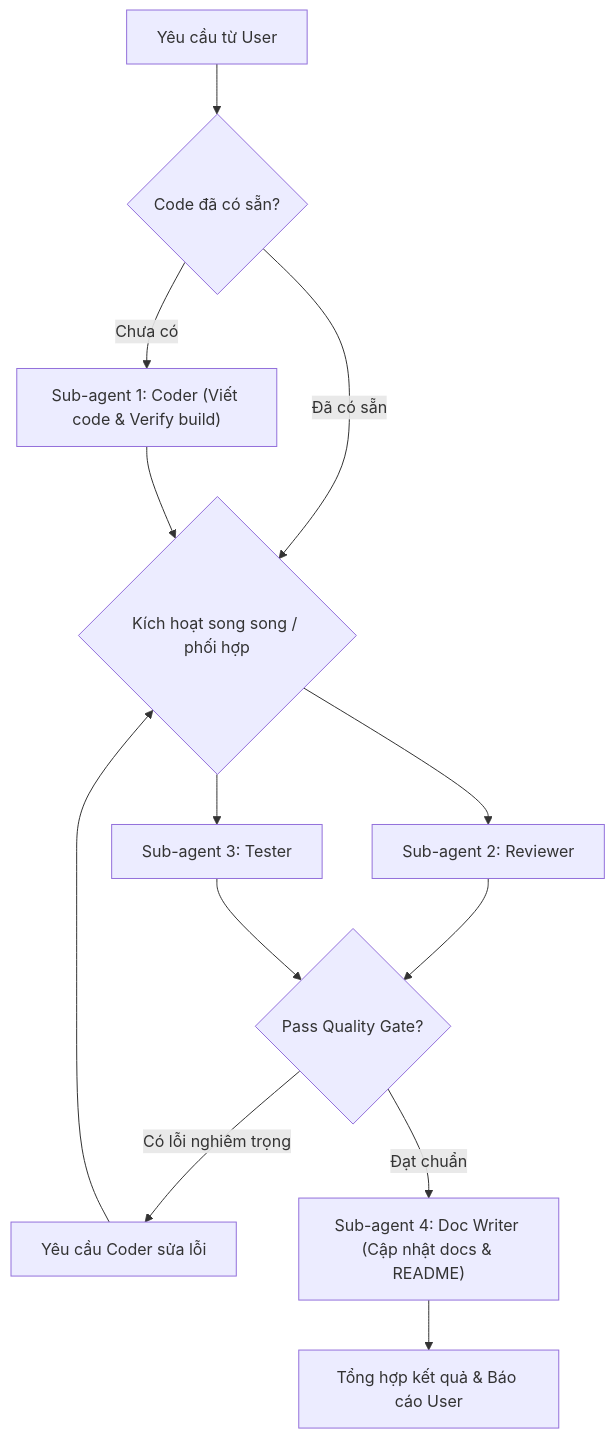
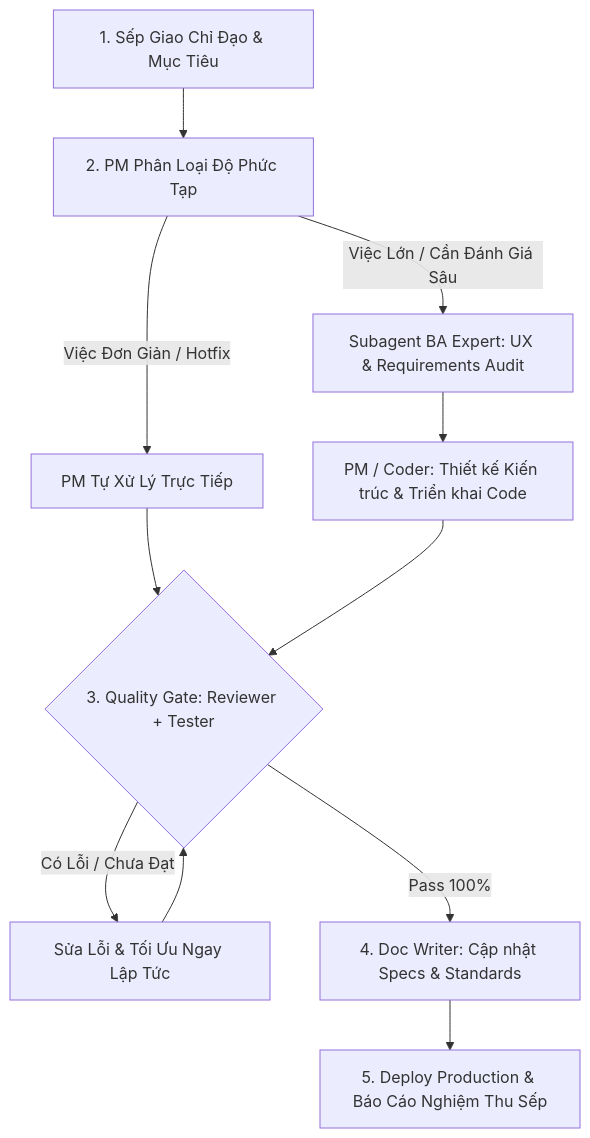
The diagram in .agents/skills/full-dev-workflow/SKILL.md (davidngo242/lifegraph), drawn with Mermaid before and after one commit. The commit also changed other lines of this file and 4 other files, not shown here.

````diff
--- a/.agents/skills/full-dev-workflow/SKILL.md
+++ b/.agents/skills/full-dev-workflow/SKILL.md
@@ -33,15 +42,17 @@
 ```mermaid
 flowchart TD
-    Start["Yêu cầu từ User"] --> Check{"Code đã có sẵn?"}
-    Check -- "Chưa có" --> Coder["Sub-agent 1: Coder (Viết code & Verify build)"]
-    Check -- "Đã có sẵn" --> Parallel
-    Coder --> Parallel{"Kích hoạt song song / phối hợp"}
-    Parallel --> Reviewer["Sub-agent 2: Reviewer"]
-    Parallel --> Tester["Sub-agent 3: Tester"]
-    Reviewer --> QualityGate{"Pass Quality Gate?"}
-    Tester --> QualityGate
-    QualityGate -- "Có lỗi nghiêm trọng" --> CoderFix["Yêu cầu Coder sửa lỗi"]
-    CoderFix --> Parallel
-    QualityGate -- "Đạt chuẩn" --> DocWriter["Sub-agent 4: Doc Writer (Cập nhật docs & README)"]
-    DocWriter --> FinalReport["Tổng hợp kết quả & Báo cáo User"]
+    Boss["1. Sếp Giao Chỉ Đạo & Mục Tiêu"] --> PM["2. PM Phân Loại Độ Phức Tạp"]
+    
+    PM -- "Việc Đơn Giản / Hotfix" --> DirectExec["PM Tự Xử Lý Trực Tiếp"]
+    PM -- "Việc Lớn / Cần Đánh Giá Sâu" --> BAPhase["Subagent BA Expert: UX & Requirements Audit"]
+    
+    BAPhase --> DevPhase["PM / Coder: Thiết kế Kiến trúc & Triển khai Code"]
+    DirectExec --> QualityGate
+    DevPhase --> QualityGate{"3. Quality Gate: Reviewer + Tester"}
+    
+    QualityGate -- "Có Lỗi / Chưa Đạt" --> FixLoop["Sửa Lỗi & Tối Ưu Ngay Lập Tức"]
+    FixLoop --> QualityGate
+    
+    QualityGate -- "Pass 100%" --> DocPhase["4. Doc Writer: Cập nhật Specs & Standards"]
+    DocPhase --> ProductionDeploy["5. Deploy Production & Báo Cáo Nghiệm Thu Sếp"]
 ```
````
